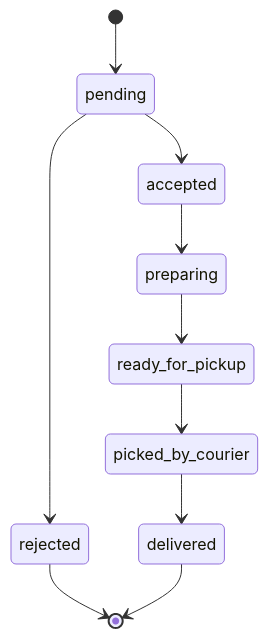
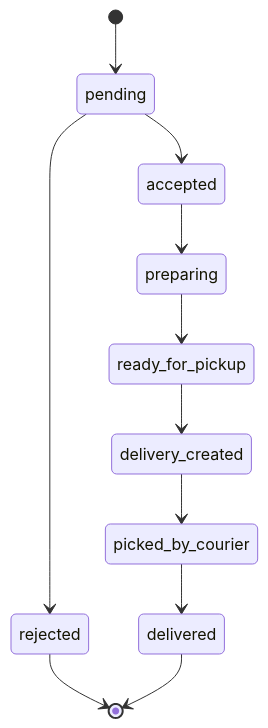
Before and after one commit to ErenKarakus1/Food-Delivery-System: the second of 4 diagrams in README.md, drawn with Mermaid. The commit also changed other lines of this file, not shown here.

Commit message:
docs: document architecture and event-driven delivery flow

````diff
--- a/README.md
+++ b/README.md
@@ -120,16 +134,18 @@
 ```mermaid
 stateDiagram-v2
     [*] --> pending
 
     pending --> accepted
     pending --> rejected
 
     accepted --> preparing
     preparing --> ready_for_pickup
 
-    ready_for_pickup --> picked_by_courier
+    ready_for_pickup --> delivery_created
+    delivery_created --> picked_by_courier
     picked_by_courier --> delivered
+
 
     rejected --> [*]
     delivered --> [*]
 ```
````
